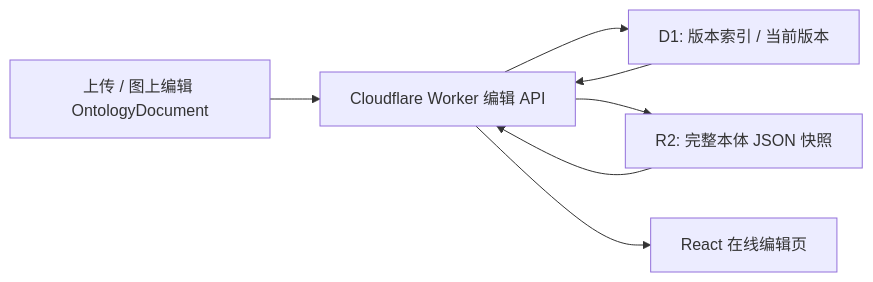
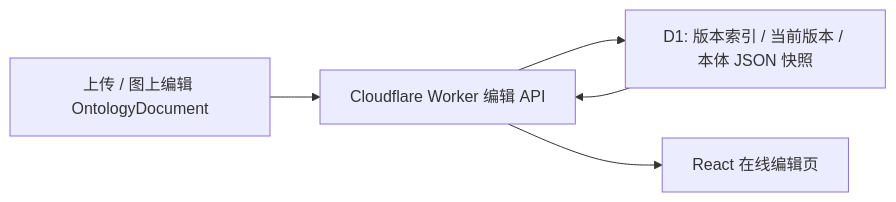
The second of 2 diagrams in docs/architecture.md (Alexwhitee/spr-ontology-demo), drawn with Mermaid before and after one commit. The commit also changed other lines of this file and 7 other files, not shown here.

````diff
--- a/docs/architecture.md
+++ b/docs/architecture.md
@@ -20,9 +20,7 @@
 ```mermaid
 flowchart LR
   U["上传 / 图上编辑 OntologyDocument"] --> W["Cloudflare Worker 编辑 API"]
-  W --> D1["D1: 版本索引 / 当前版本"]
-  W --> R2["R2: 完整本体 JSON 快照"]
-  R2 --> W
+  W --> D1["D1: 版本索引 / 当前版本 / 本体 JSON 快照"]
   D1 --> W
   W --> F["React 在线编辑页"]
 ```
````
